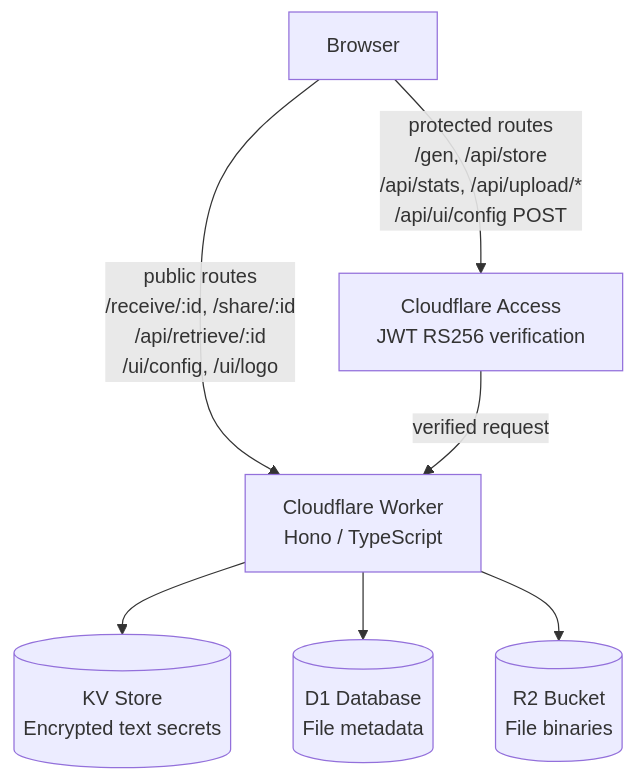
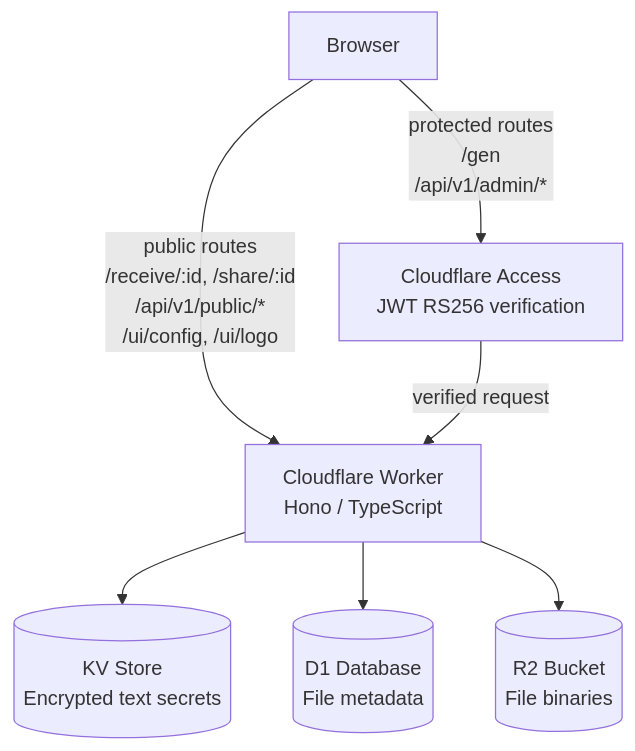
The fourth of 4 diagrams in README.md (maciekaz/Edge-Secrets), drawn with Mermaid before and after one commit. The commit also changed other lines of this file and 2 other files, not shown here.

First line of the commit message:
refactor: restructure API routes to /api/v1/admin/* and /api/v1/public/*

````diff
--- a/README.md
+++ b/README.md
@@ -163,11 +163,11 @@
 ```mermaid
 flowchart TD
-    Browser -->|protected routes\n/gen, /api/store\n/api/stats, /api/upload/*\n/api/ui/config POST| CFA[Cloudflare Access\nJWT RS256 verification]
-    Browser -->|public routes\n/receive/:id, /share/:id\n/api/retrieve/:id\n/ui/config, /ui/logo| Worker
+    Browser -->|protected routes\n/gen\n/api/v1/admin/*| CFA[Cloudflare Access\nJWT RS256 verification]
+    Browser -->|public routes\n/receive/:id, /share/:id\n/api/v1/public/*\n/ui/config, /ui/logo| Worker
 
     CFA -->|verified request| Worker[Cloudflare Worker\nHono / TypeScript]
 
     Worker --> KV[(KV Store\nEncrypted text secrets)]
     Worker --> D1[(D1 Database\nFile metadata)]
     Worker --> R2[(R2 Bucket\nFile binaries)]
 ```
````
